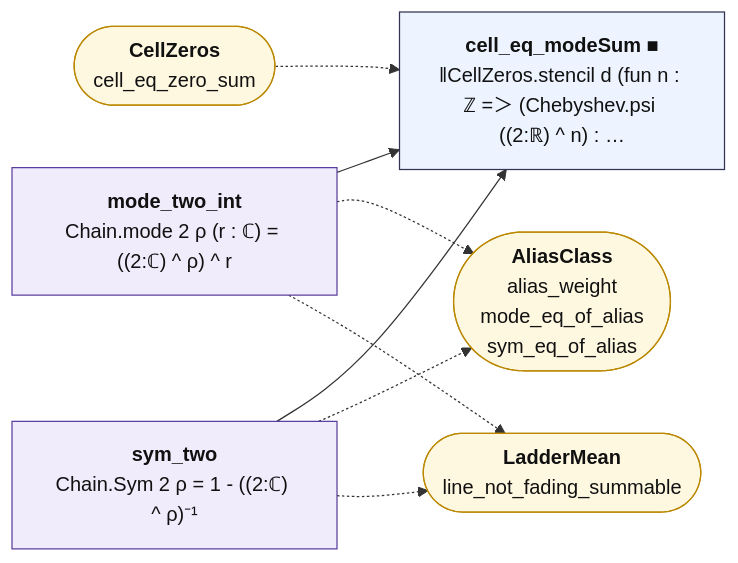
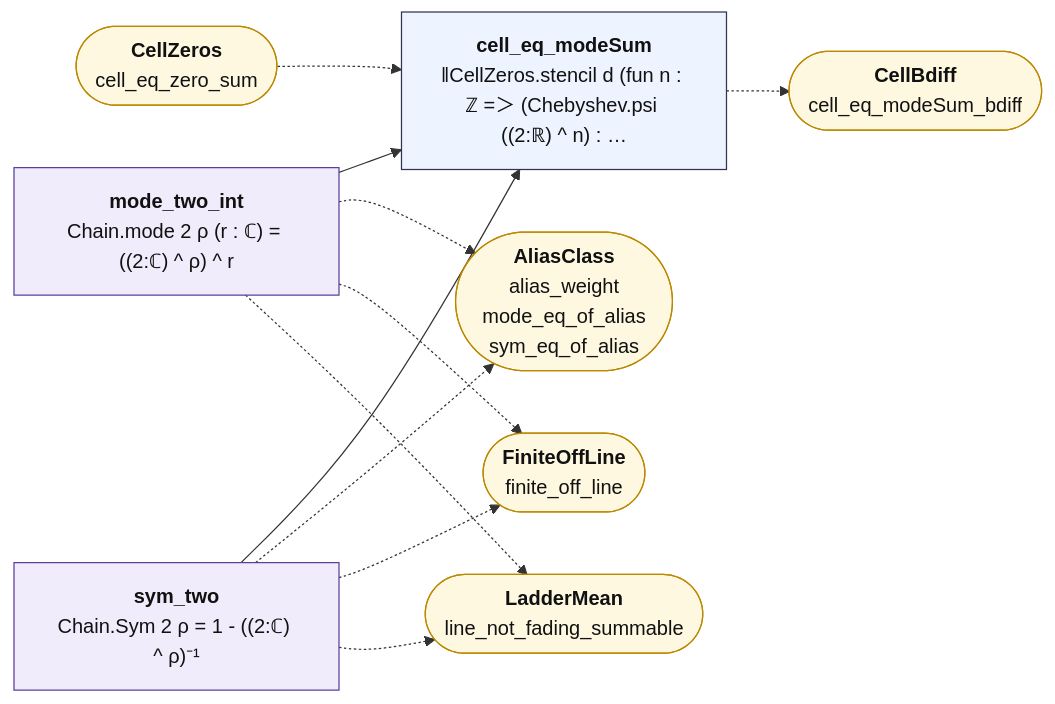
The diagram in map/lean_stage3/CellModes.md (juliansambranojr/Primebeat_081426), drawn with Mermaid before and after one commit. The commit also changed other lines of this file and 54 other files, not shown here.

````diff
--- a/map/lean_stage3/CellModes.md
+++ b/map/lean_stage3/CellModes.md
@@ -12,24 +12,29 @@
 ```mermaid
 flowchart LR
   n0["<b>mode_two_int</b><br/>Chain.mode 2 ρ (r : ℂ) = ((2:ℂ) ^ ρ) ^ r"]:::shp
   n1["<b>sym_two</b><br/>Chain.Sym 2 ρ = 1 - ((2:ℂ) ^ ρ)⁻¹"]:::shp
-  n2["<b>cell_eq_modeSum ■</b><br/>‖CellZeros.stencil d (fun n : ℤ =＞ (Chebyshev.psi ((2:ℝ) ^ n) : …"]:::thm
+  n2["<b>cell_eq_modeSum</b><br/>‖CellZeros.stencil d (fun n : ℤ =＞ (Chebyshev.psi ((2:ℝ) ^ n) : …"]:::thm
   x0(["<b>AliasClass</b><br/>alias_weight<br/>mode_eq_of_alias<br/>sym_eq_of_alias"]):::ext
-  x1(["<b>LadderMean</b><br/>line_not_fading_summable"]):::ext
-  x2(["<b>CellZeros</b><br/>cell_eq_zero_sum"]):::ext
+  x1(["<b>FiniteOffLine</b><br/>finite_off_line"]):::ext
+  x2(["<b>LadderMean</b><br/>line_not_fading_summable"]):::ext
+  x3(["<b>CellZeros</b><br/>cell_eq_zero_sum"]):::ext
+  x4(["<b>CellBdiff</b><br/>cell_eq_modeSum_bdiff"]):::ext
   n0 --> n2
   n1 --> n2
   n0 -.-> x0
   n0 -.-> x1
+  n0 -.-> x2
   n1 -.-> x0
   n1 -.-> x1
-  x2 -.-> n2
+  n1 -.-> x2
+  n2 -.-> x4
+  x3 -.-> n2
   classDef cnt fill:#dff5ec,stroke:#17694a,color:#111
   classDef shp fill:#f1ecfb,stroke:#5b3fa0,color:#111
   classDef rh fill:#ffe5e5,stroke:#c22,color:#111,stroke-width:2px
   classDef thm fill:#eef4ff,stroke:#335,color:#111
   classDef end_ fill:#e7f7e7,stroke:#2a7,color:#111,stroke-width:2px
   classDef lone fill:#fff,stroke:#999,color:#111,stroke-dasharray:4 3
   classDef bad fill:#ffe5e5,stroke:#c22,color:#111,stroke-width:2px
   classDef ext fill:#fff8e1,stroke:#b80,color:#111
 ```
````
